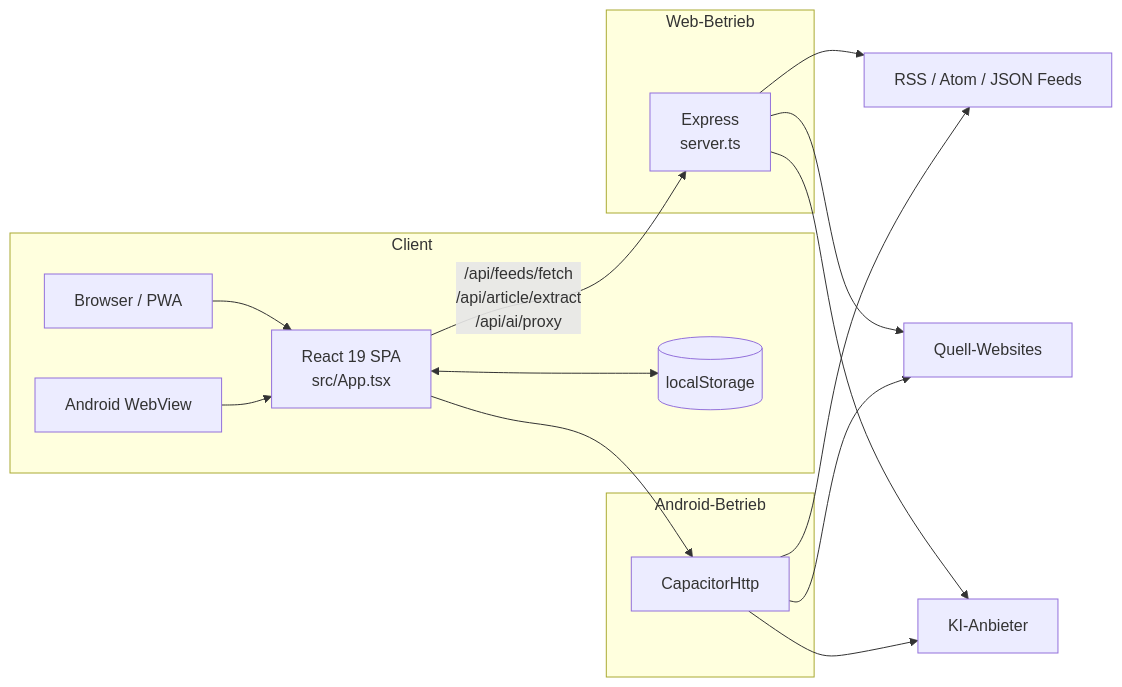
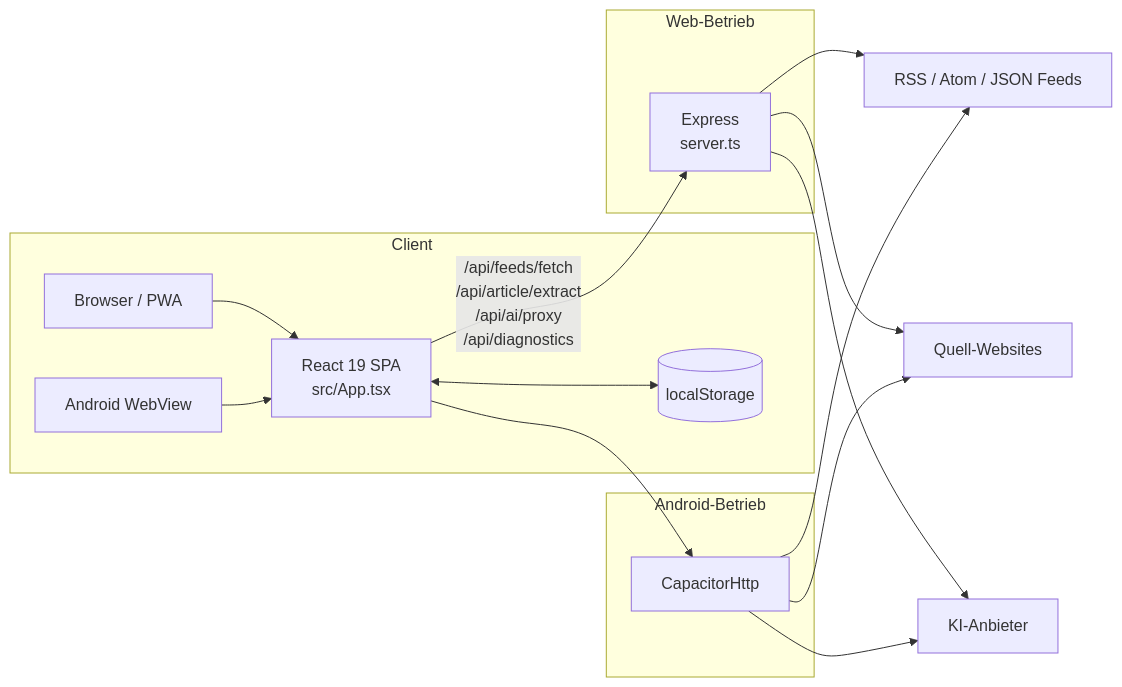
One commit to mixxermannipro/OpenNews changed the diagram in README.md. Above: the diagram before and after it, drawn with Mermaid. The commit also changed other lines of this file and 1 other file, not shown here.

````diff
--- a/README.md
+++ b/README.md
@@ -75,29 +79,29 @@
 ```mermaid
 flowchart LR
     subgraph Client
         B[Browser / PWA]
         A[Android WebView]
         R[React 19 SPA<br/>src/App.tsx]
         L[(localStorage)]
         B --> R
         A --> R
         R <--> L
     end
 
     subgraph "Web-Betrieb"
         S[Express<br/>server.ts]
-        R -->|/api/feeds/fetch<br/>/api/article/extract<br/>/api/ai/proxy| S
+        R -->|/api/feeds/fetch<br/>/api/article/extract<br/>/api/ai/proxy<br/>/api/diagnostics| S
     end
 
     subgraph "Android-Betrieb"
         C[CapacitorHttp]
         R --> C
     end
 
     S --> F[RSS / Atom / JSON Feeds]
     S --> W[Quell-Websites]
     S --> K[KI-Anbieter]
     C --> F
     C --> W
     C --> K
 ```
````
